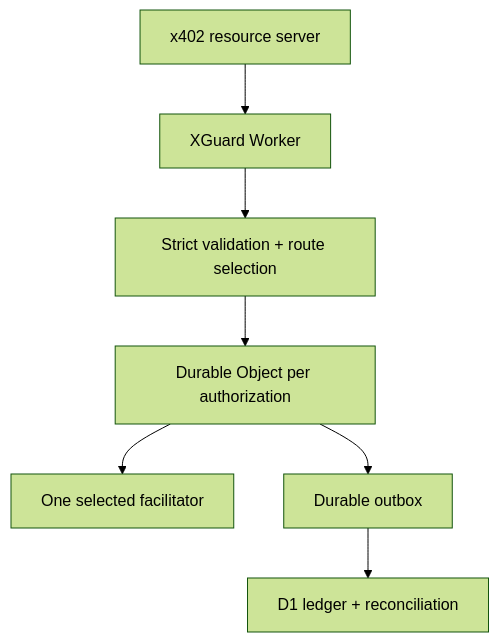
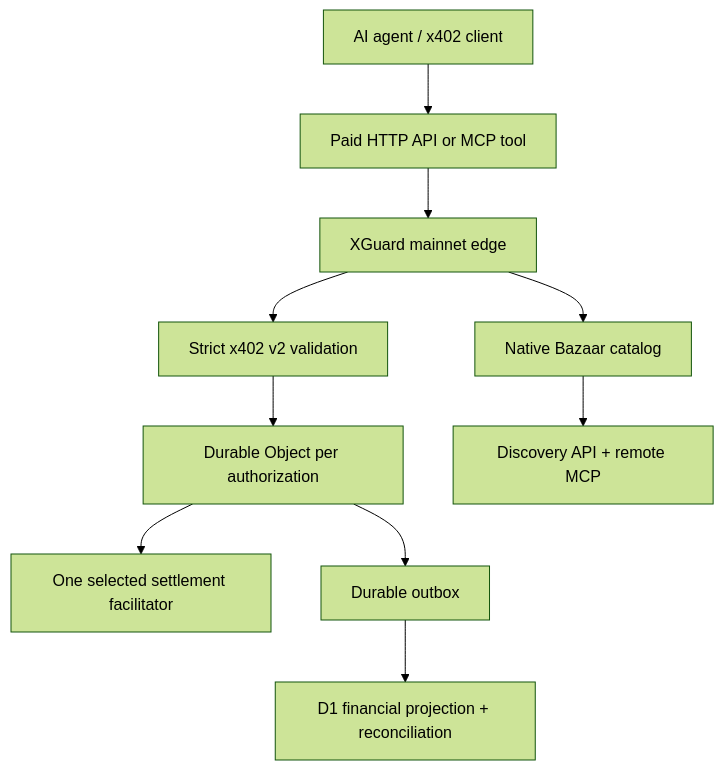
One commit to moelayyan90/XGuard changed the diagram in ARCHITECTURE.md. Above: the diagram before and after it, drawn with Mermaid (forest theme). The commit also changed other lines of this file, not shown here.

Commit message:
align architecture with live mainnet and agent discovery stack

````diff
--- a/ARCHITECTURE.md
+++ b/ARCHITECTURE.md
@@ -5,9 +5,12 @@
 ```mermaid
 flowchart TD
-  C["x402 resource server"] --> W["XGuard Worker"]
-  W --> V["Strict validation + route selection"]
+  A["AI agent / x402 client"] --> R["Paid HTTP API or MCP tool"]
+  R --> X["XGuard mainnet edge"]
+  X --> V["Strict x402 v2 validation"]
   V --> D["Durable Object per authorization"]
-  D --> F["One selected facilitator"]
+  D --> F["One selected settlement facilitator"]
   D --> O["Durable outbox"]
-  O --> L["D1 ledger + reconciliation"]
+  O --> L["D1 financial projection + reconciliation"]
+  X --> B["Native Bazaar catalog"]
+  B --> Q["Discovery API + remote MCP"]
 ```
````
